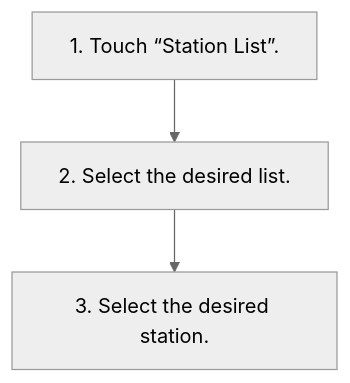
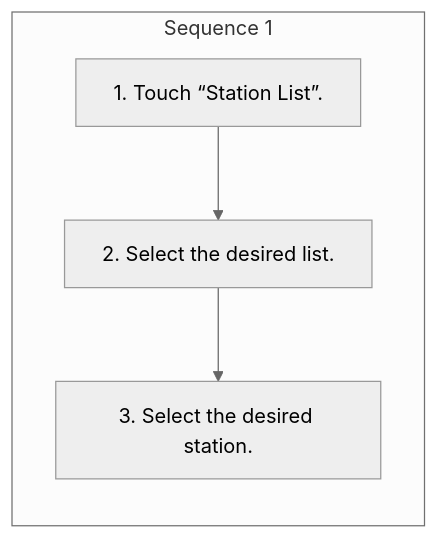
Before and after one commit to Chieko-Y/my-spec-generator: the diagram in workspace/subaru/outback-2026/ivi/published/audio/5-selecting-a-station-from-the-list.md, drawn with Mermaid (neutral theme). The commit also changed other lines of this file and 268 other files, not shown here.

````diff
--- a/workspace/subaru/outback-2026/ivi/published/audio/5-selecting-a-station-from-the-list.md
+++ b/workspace/subaru/outback-2026/ivi/published/audio/5-selecting-a-station-from-the-list.md
@@ -9,8 +9,11 @@
 ```mermaid
 flowchart TD
-    S1["1. Touch “Station List”."]
-    S2["2. Select the desired list."]
-    S3["3. Select the desired station."]
-    S1 --> S2
-    S2 --> S3
+    subgraph SEQ1["Sequence 1"]
+    direction TB
+    S1_1["1. Touch “Station List”."]
+    S1_2["2. Select the desired list."]
+    S1_3["3. Select the desired station."]
+    S1_1 --> S1_2
+    S1_2 --> S1_3
+    end
 ```
````
